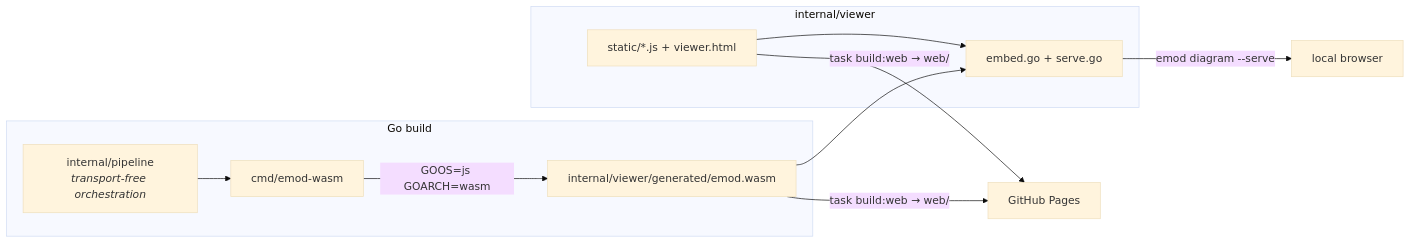
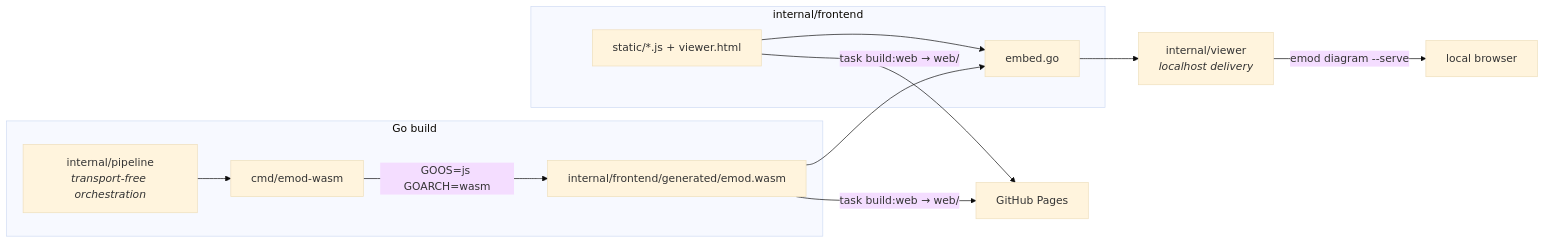
The fourth of 5 diagrams in docs/architecture.md (hpcsc/emod), drawn with Mermaid (base theme) before and after one commit. The commit also changed other lines of this file and 51 other files, not shown here.

First line of the commit message:
Split internal/viewer into frontend and viewer

````diff
--- a/docs/architecture.md
+++ b/docs/architecture.md
@@ -218,18 +219,20 @@
 ```mermaid
 flowchart LR
     subgraph "Go build"
-        CW["cmd/emod-wasm"] -- "GOOS=js GOARCH=wasm" --> WASM["internal/viewer/generated/emod.wasm"]
+        CW["cmd/emod-wasm"] -- "GOOS=js GOARCH=wasm" --> WASM["internal/frontend/generated/emod.wasm"]
         WB["internal/pipeline<br/><i>transport-free orchestration</i>"] --> CW
     end
 
-    subgraph "internal/viewer"
+    subgraph "internal/frontend"
         STATIC["static/*.js + viewer.html"]
-        EMBED["embed.go + serve.go"]
+        EMBED["embed.go"]
     end
+    SERVE["internal/viewer<br/><i>localhost delivery</i>"]
     WASM --> EMBED
     STATIC --> EMBED
+    EMBED --> SERVE
 
-    EMBED -- "emod diagram --serve" --> LOCAL["local browser"]
+    SERVE -- "emod diagram --serve" --> LOCAL["local browser"]
     STATIC -- "task build:web → web/" --> PAGES["GitHub Pages"]
     WASM -- "task build:web → web/" --> PAGES
 ```
````
